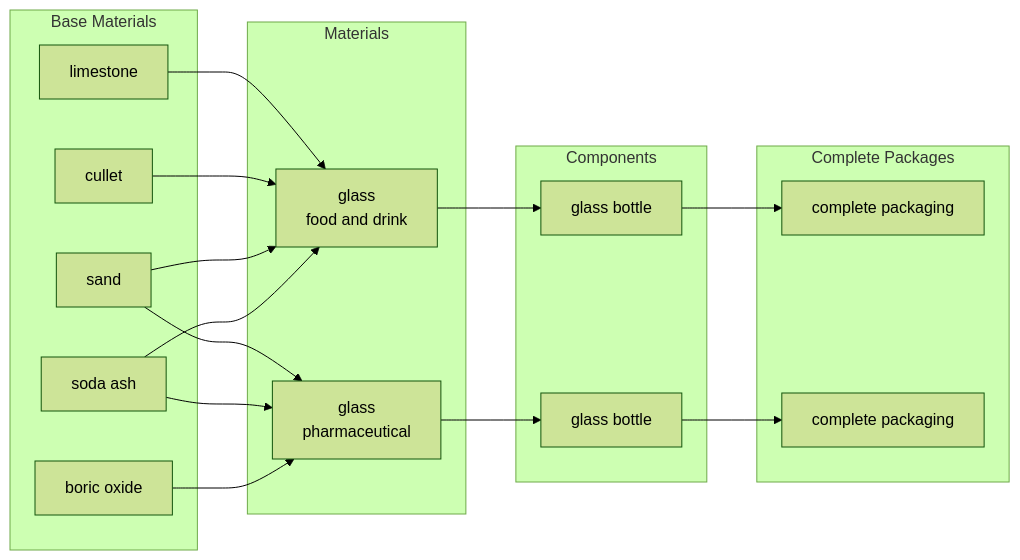
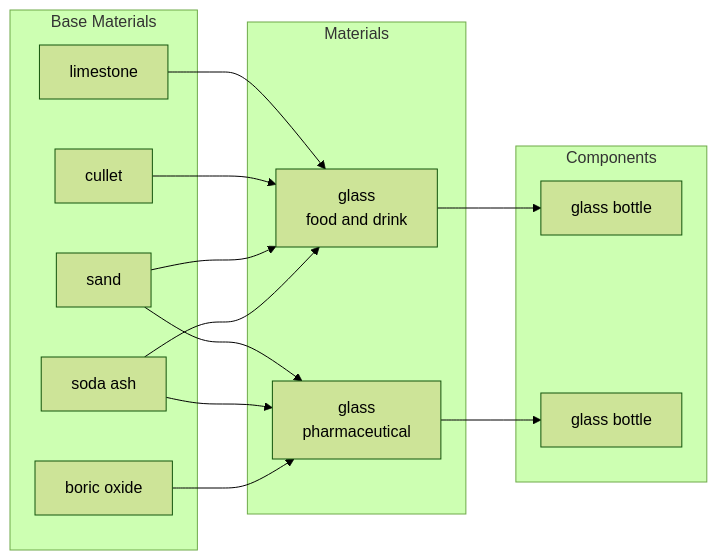
One commit to OpenDataManchester/Open3P changed the fourth of 9 diagrams in docs/1_Start_Here/1_3_Data_Flow.md. Above: the diagram before and after it, drawn with Mermaid (forest theme). The commit also changed other lines of this file, not shown here.

Commit message:
Tweaks to data flow

````diff
--- a/docs/1_Start_Here/1_3_Data_Flow.md
+++ b/docs/1_Start_Here/1_3_Data_Flow.md
@@ -90,35 +90,29 @@
 ``` mermaid
 flowchart LR
     subgraph baseMaterials[Base Materials]
         bm_sand[sand]
         bm_sodaAsh[soda ash]
         bm_limestone[limestone]
         bm_cullet[cullet]
         bm_boricOxide[boric oxide]
     end
     subgraph materials[Materials]
         ma_glass1["glass
         food and drink"]
         ma_glass2["glass
         pharmaceutical"]
     end
     subgraph components[Components]
         co_glassBottle1[glass bottle]
         co_glassBottle2[glass bottle]
     end
-    subgraph completePackages[Complete Packages]
-        cp_example1[complete packaging]
-        cp_example2[complete packaging]
-    end
     bm_limestone --> ma_glass1
     bm_cullet --> ma_glass1
     bm_sand --> ma_glass1
     bm_sand --> ma_glass2
     bm_sodaAsh --> ma_glass1
     bm_sodaAsh --> ma_glass2
     bm_boricOxide --> ma_glass2
     ma_glass1 --> co_glassBottle1
     ma_glass2 --> co_glassBottle2
-    co_glassBottle1 --> cp_example1
-    co_glassBottle2 --> cp_example2
 ```
````
